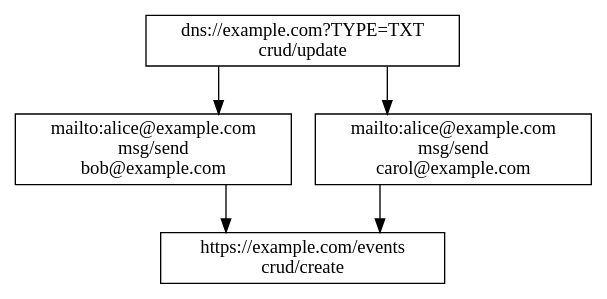
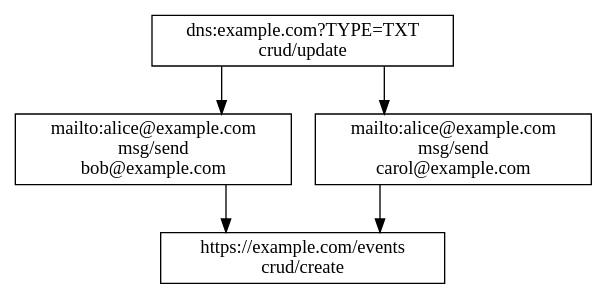
The diagram in diagrams/batch-pipeline.dot (ucan-wg/invocation), drawn with Graphviz before and after one commit. The commit also changed 2 other files, not shown here.

Commit message:
Fix dns:// -> dns:

```diff
--- a/diagrams/batch-pipeline.dot
+++ b/diagrams/batch-pipeline.dot
@@ -1,14 +1,14 @@
 digraph {
     splines  = ortho
 
     node [shape = box]
 
     top -> left  -> bottom
     top -> right -> bottom
 
-    top    [label = "dns://example.com?TYPE=TXT\ncrud/update"]
+    top    [label = "dns:example.com?TYPE=TXT\ncrud/update"]
     right  [label = "mailto:alice@example.com\nmsg/send\ncarol@example.com"]
 
     left   [label = "mailto:alice@example.com\nmsg/send\nbob@example.com"]
     bottom [label = "https://example.com/events\ncrud/create"]
 }
```
